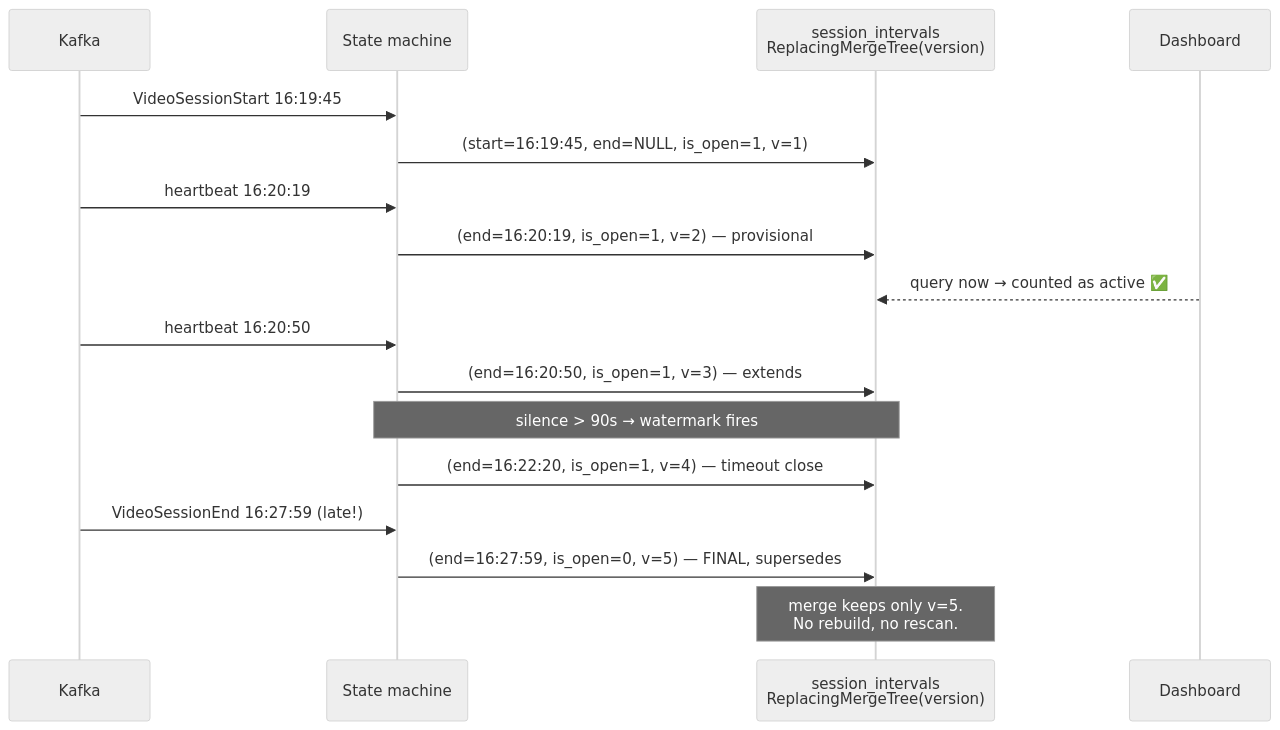
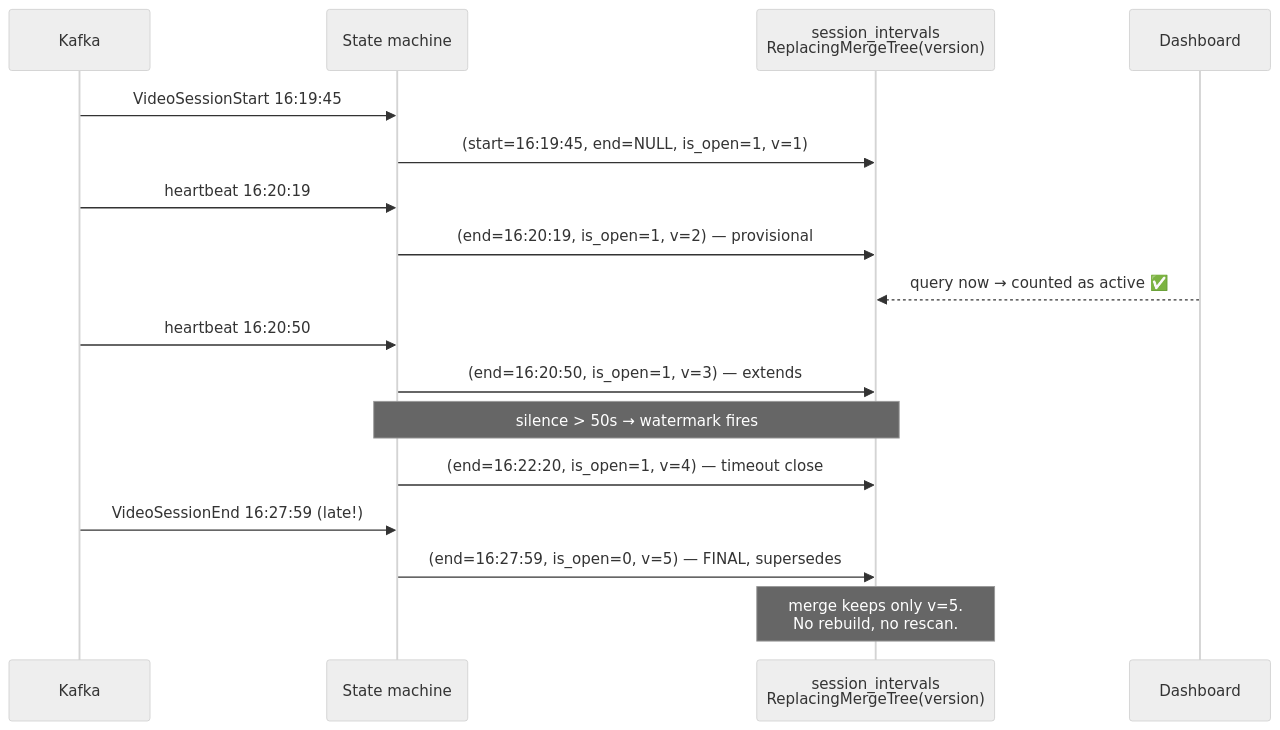
Before and after one commit to open-llmao/LLMao: the third of 4 diagrams in DESIGN.md, drawn with Mermaid (neutral theme). The commit also changed other lines of this file and 4 other files, not shown here.

````diff
--- a/DESIGN.md
+++ b/DESIGN.md
@@ -1108,20 +1085,20 @@
 ```mermaid
 sequenceDiagram
     participant K as Kafka
     participant S as State machine
     participant T as session_intervals<br/>ReplacingMergeTree(version)
     participant Q as Dashboard
 
     K->>S: VideoSessionStart 16:19:45
     S->>T: (start=16:19:45, end=NULL, is_open=1, v=1)
     K->>S: heartbeat 16:20:19
     S->>T: (end=16:20:19, is_open=1, v=2) — provisional
     Q-->>T: query now → counted as active ✅
     K->>S: heartbeat 16:20:50
     S->>T: (end=16:20:50, is_open=1, v=3) — extends
-    Note over S,T: silence > 90s → watermark fires
+    Note over S,T: silence > 50s → watermark fires
     S->>T: (end=16:22:20, is_open=1, v=4) — timeout close
     K->>S: VideoSessionEnd 16:27:59 (late!)
     S->>T: (end=16:27:59, is_open=0, v=5) — FINAL, supersedes
     Note over T: merge keeps only v=5.<br/>No rebuild, no rescan.
 ```
````
